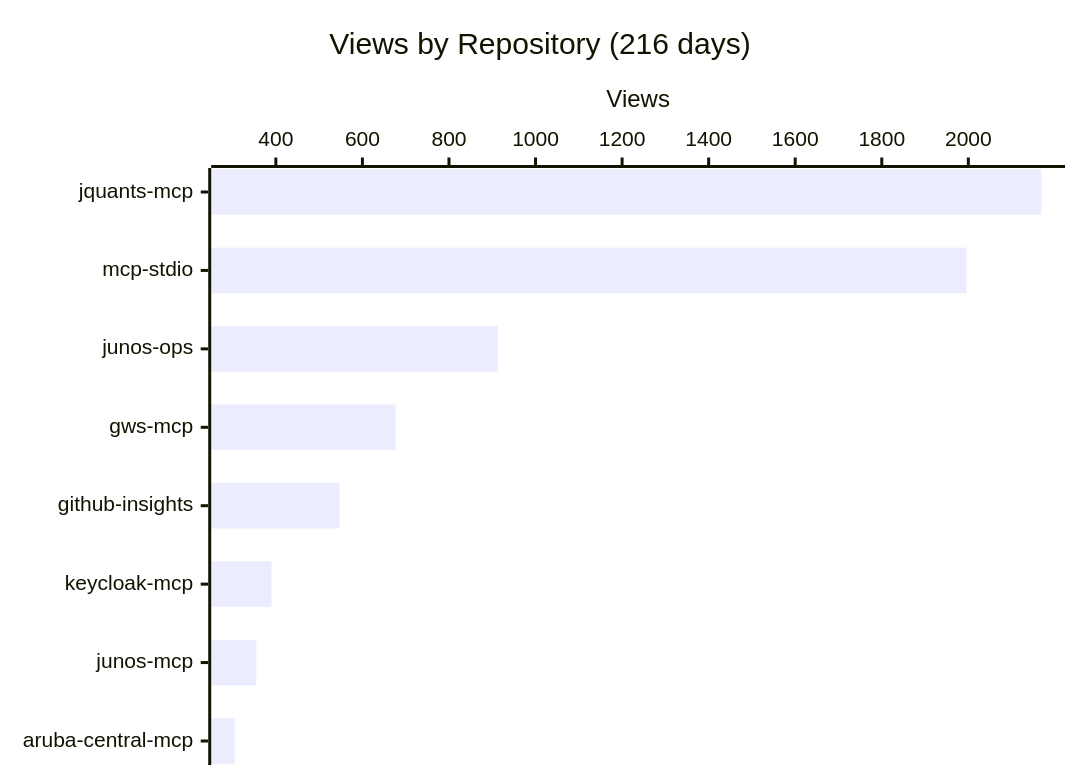
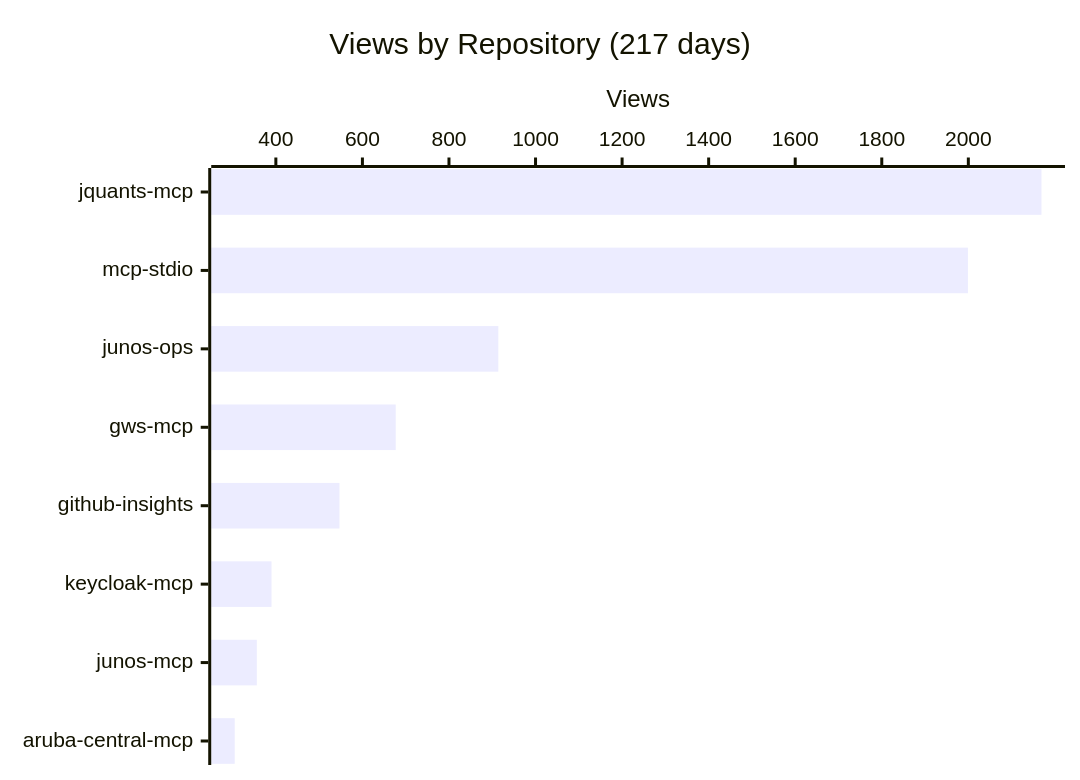
One commit to shigechika/github-insights changed the first of 4 diagrams in README.md. Above: the diagram before and after it, drawn with Mermaid. The commit also changed other lines of this file and 2 other files, not shown here.

````diff
--- a/README.md
+++ b/README.md
@@ -18,7 +18,7 @@
 ```mermaid
 xychart-beta horizontal
-    title "Views by Repository (216 days)"
+    title "Views by Repository (217 days)"
     x-axis ["jquants-mcp", "mcp-stdio", "junos-ops", "gws-mcp", "github-insights", "keycloak-mcp", "junos-mcp", "aruba-central-mcp"]
     y-axis "Views"
-    bar [2169, 1996, 913, 677, 547, 390, 355, 305]
+    bar [2169, 1999, 914, 677, 547, 390, 356, 305]
 ```
````
